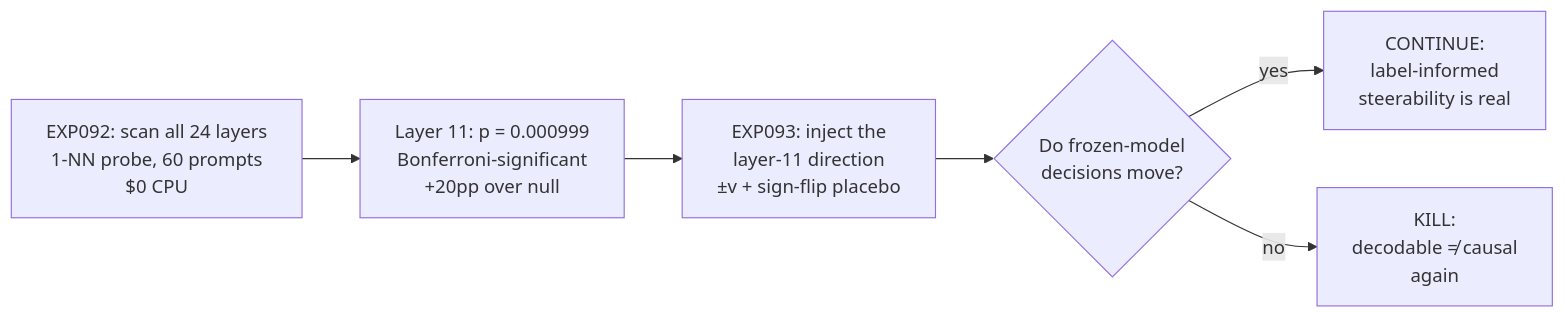
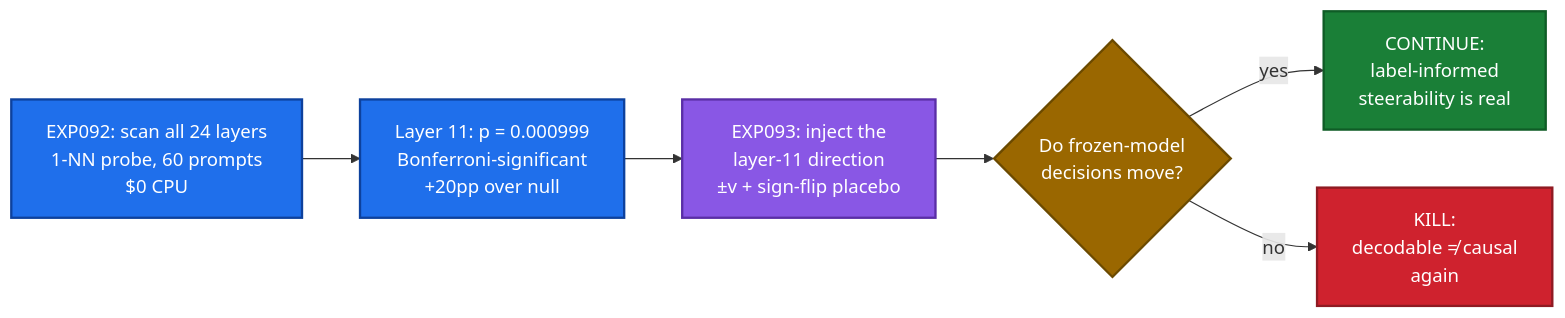
Before and after one commit to anilkumara9/SCBI: the fifth of 5 diagrams in README.md, drawn with Mermaid. The commit also changed other lines of this file, not shown here.

Commit message:
docs: README v3 — why-it-matters, math-explained, colored diagrams (founder order 2026-09-25)

````diff
--- a/README.md
+++ b/README.md
@@ -119,8 +221,18 @@
 ```mermaid
 flowchart LR
     A["EXP092: scan all 24 layers<br/>1-NN probe, 60 prompts<br/>$0 CPU"] --> B["Layer 11: p = 0.000999<br/>Bonferroni-significant<br/>+20pp over null"]
     B --> C["EXP093: inject the<br/>layer-11 direction<br/>±v + sign-flip placebo"]
     C --> D{"Do frozen-model<br/>decisions move?"}
     D -- "yes" --> E["CONTINUE:<br/>label-informed<br/>steerability is real"]
     D -- "no" --> F["KILL:<br/>decodable ≠ causal<br/>again"]
+    classDef scan fill:#1f6feb,stroke:#0d419d,color:#fff,stroke-width:2px
+    classDef inject fill:#8957e5,stroke:#5a2ea6,color:#fff,stroke-width:2px
+    classDef q fill:#9a6700,stroke:#6b4a00,color:#fff,stroke-width:2px
+    classDef good fill:#1a7f37,stroke:#0f5c26,color:#fff,stroke-width:2px
+    classDef bad fill:#cf222e,stroke:#8f1a22,color:#fff,stroke-width:2px
+    class A,B scan
+    class C inject
+    class D q
+    class E good
+    class F bad
 ```
````
